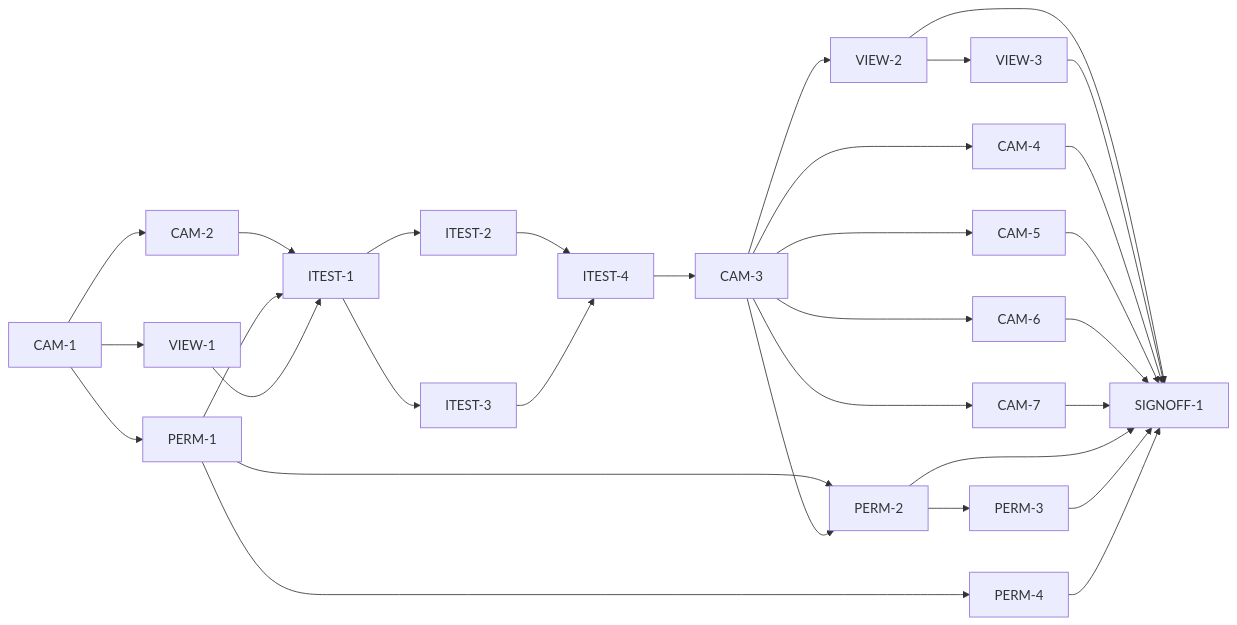
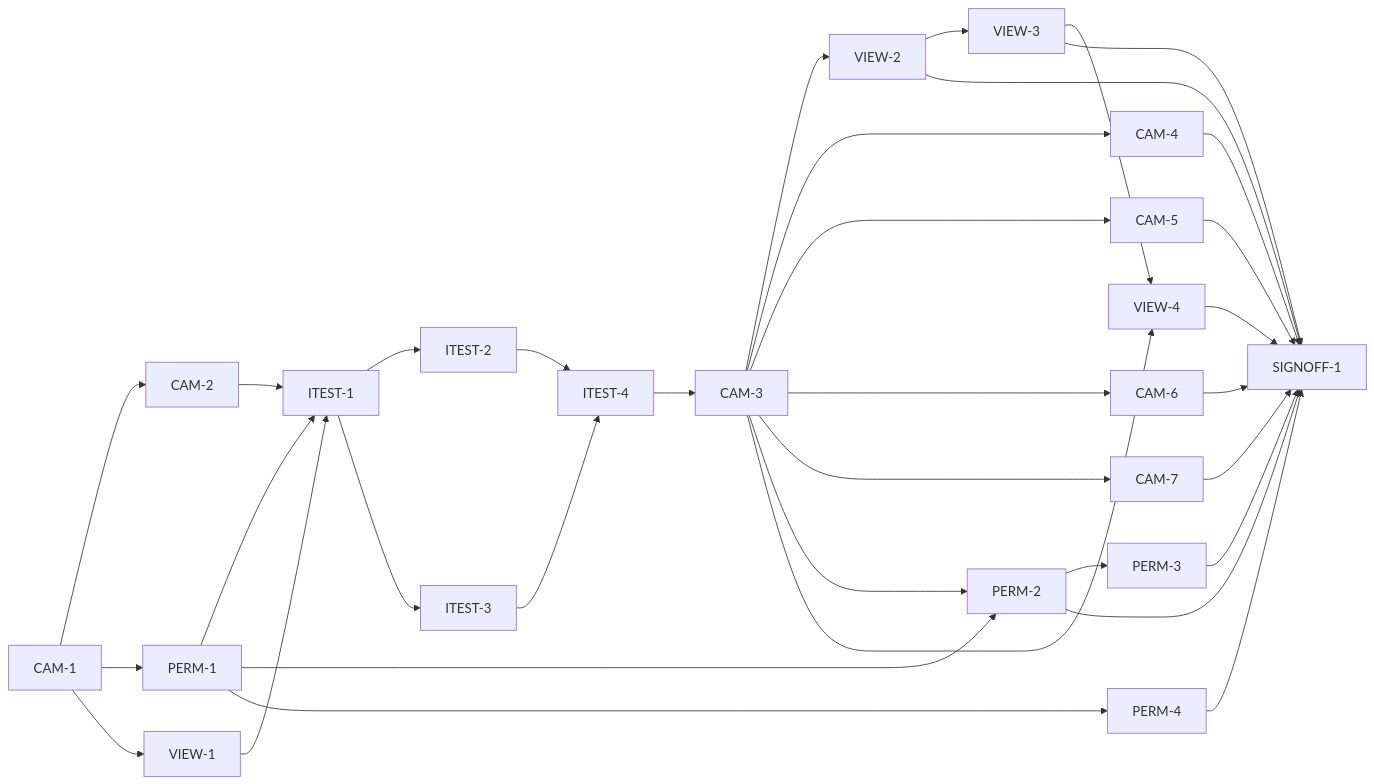
One commit to meatsquirk/Nuance changed the diagram in specs/bs-19-live-camera-capture/MASTER_PLAN_FOR_FEATURE.md. Above: the diagram before and after it, drawn with Mermaid. The commit also changed other lines of this file and 4 other files, not shown here.

First line of the commit message:
bs-19-live-camera-capture SIGNOFF-1 (attempt 1): blocked by bs-17 AC-14 regression; queue VIEW-4

````diff
--- a/specs/bs-19-live-camera-capture/MASTER_PLAN_FOR_FEATURE.md
+++ b/specs/bs-19-live-camera-capture/MASTER_PLAN_FOR_FEATURE.md
@@ -107,13 +108,14 @@
 ```mermaid
 graph LR
   CAM-1 --> CAM-2 & PERM-1 & VIEW-1
   CAM-2 & PERM-1 & VIEW-1 --> ITEST-1 --> ITEST-2 & ITEST-3
   ITEST-2 & ITEST-3 --> ITEST-4
   ITEST-4 --> CAM-3
   CAM-3 --> VIEW-2 & CAM-4 & CAM-5 & CAM-6 & CAM-7
   VIEW-2 --> VIEW-3
   PERM-1 --> PERM-2
   CAM-3 --> PERM-2 --> PERM-3
   PERM-1 --> PERM-4
-  VIEW-2 & VIEW-3 & CAM-4 & CAM-5 & CAM-6 & CAM-7 & PERM-2 & PERM-3 & PERM-4 --> SIGNOFF-1
+  VIEW-3 & CAM-3 --> VIEW-4
+  VIEW-2 & VIEW-3 & CAM-4 & CAM-5 & CAM-6 & CAM-7 & PERM-2 & PERM-3 & PERM-4 & VIEW-4 --> SIGNOFF-1
 ```
````
